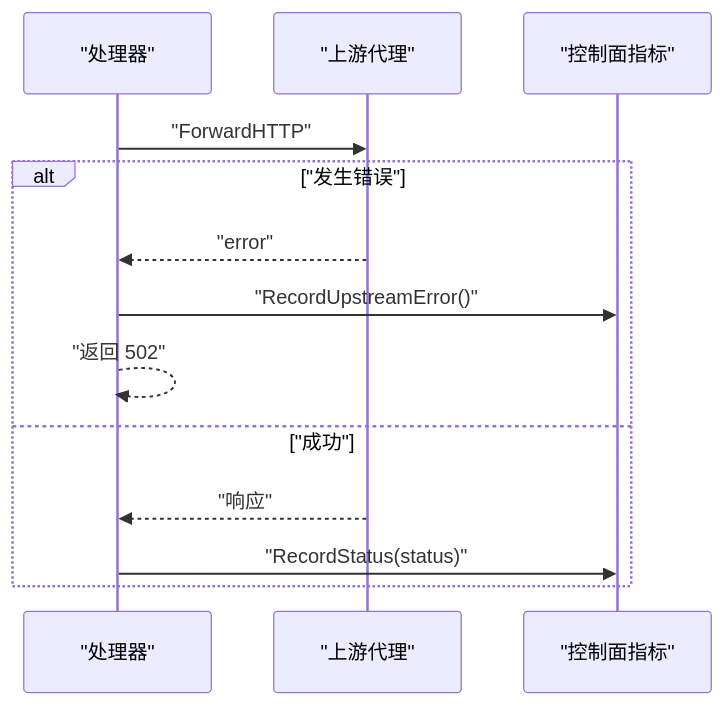
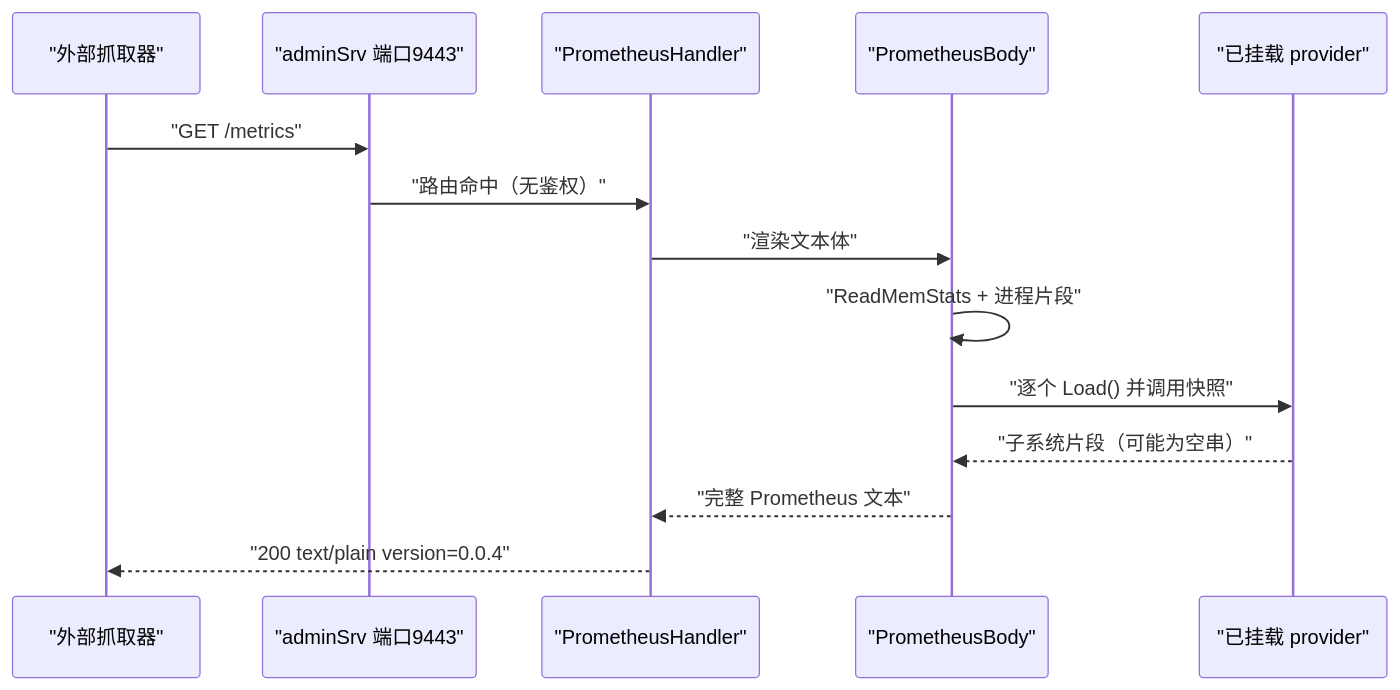
One commit to x01n/My-OpenWaf changed the third of 5 diagrams in docs/监控与可观测性/性能指标收集.md. Above: the diagram before and after it, drawn with Mermaid. The commit also changed other lines of this file and 622 other files, not shown here.

````diff
--- a/docs/监控与可观测性/性能指标收集.md
+++ b/docs/监控与可观测性/性能指标收集.md
@@ -238,15 +153,16 @@
 ```mermaid
 sequenceDiagram
-participant H as "处理器"
-participant P as "上游代理"
-participant M as "控制面指标"
-H->>P : "ForwardHTTP"
-alt "发生错误"
-P-->>H : "error"
-H->>M : "RecordUpstreamError()"
-H-->>H : "返回 502"
-else "成功"
-P-->>H : "响应"
-H->>M : "RecordStatus(status)"
-end
+participant Prom as "外部抓取器"
+participant Admin as "adminSrv 端口9443"
+participant H as "PrometheusHandler"
+participant Body as "PrometheusBody"
+participant Prov as "已挂载 provider"
+Prom->>Admin : "GET /metrics"
+Admin->>H : "路由命中（无鉴权）"
+H->>Body : "渲染文本体"
+Body->>Body : "ReadMemStats + 进程片段"
+Body->>Prov : "逐个 Load() 并调用快照"
+Prov-->>Body : "子系统片段（可能为空串）"
+Body-->>H : "完整 Prometheus 文本"
+H-->>Prom : "200 text/plain version=0.0.4"
 ```
````
